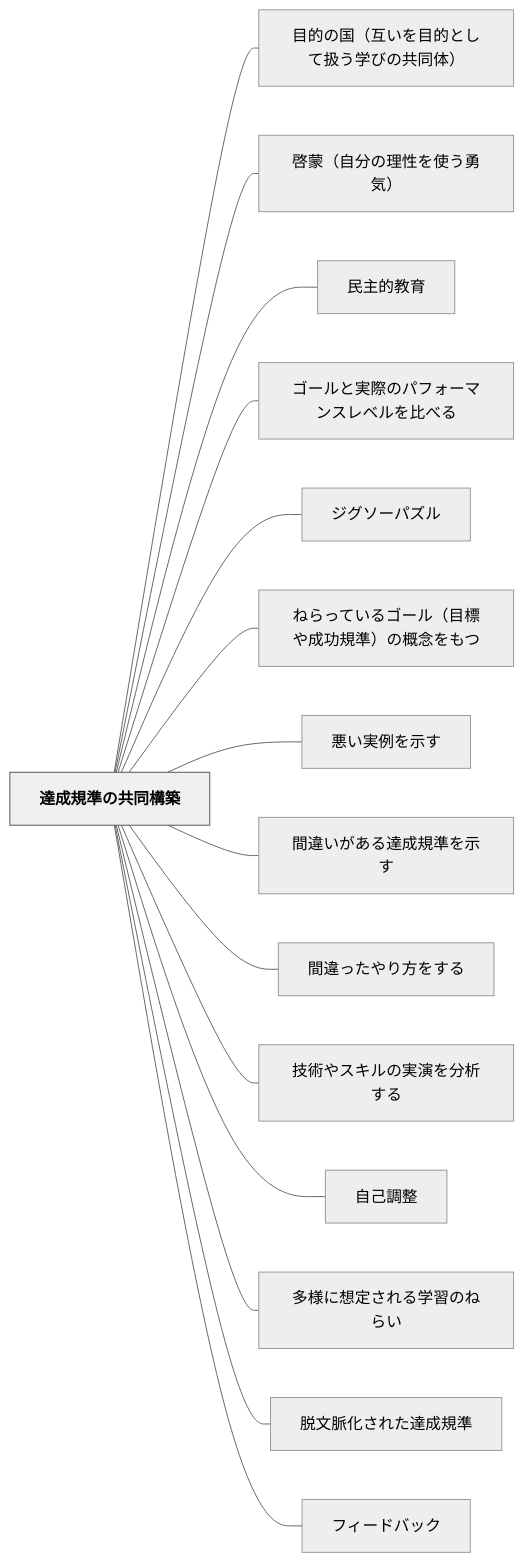
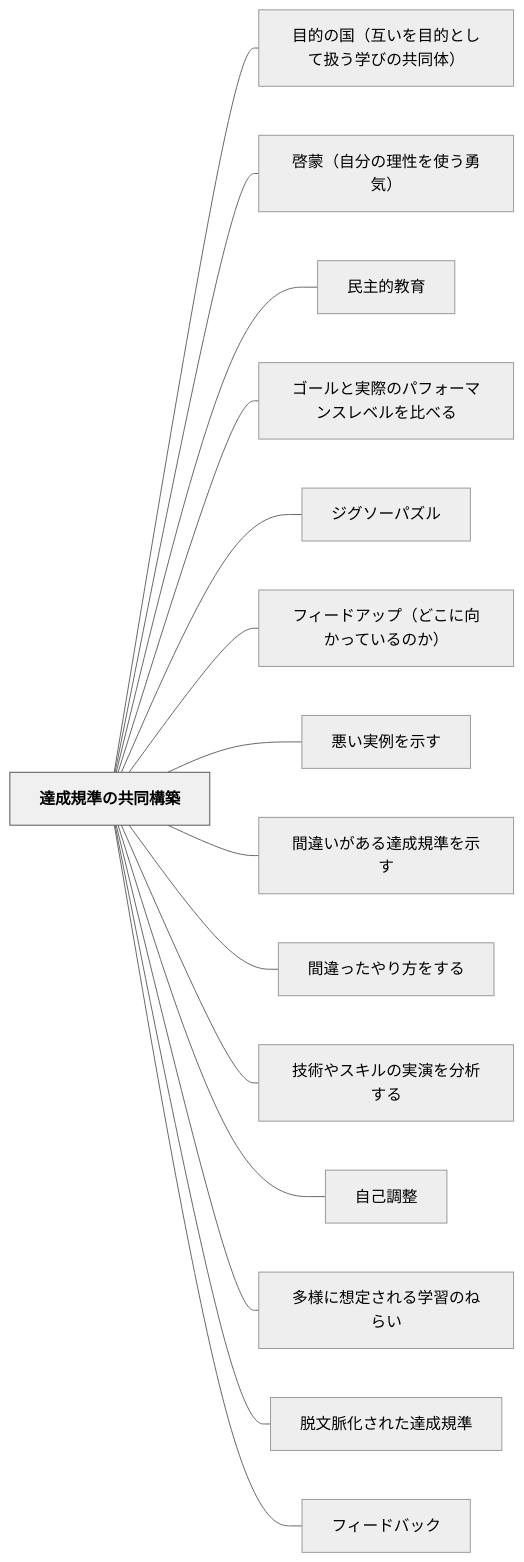
Before and after one commit to unknownthings-ed-patterns/unknownthings-ed-patterns: the diagram in content/パタン/達成規準の共同構築.md, drawn with Mermaid (neutral theme). The commit also changed other lines of this file and 5 other files, not shown here.

````diff
--- a/content/パタン/達成規準の共同構築.md
+++ b/content/パタン/達成規準の共同構築.md
@@ -67,36 +67,36 @@
 ```mermaid
 flowchart LR
     ne98194e68890e8a68fe6ba96e381aee585b1e5908ce6a78be7af89["達成規準の共同構築"]
     ne79baee79a84e381aee59bbdefbc88e4ba92e38184e38292e79baee79a84e381a8e38197e381a6e689b1e38186e5ada6e381b3e381aee585b1e5908ce4bd93efbc89["目的の国（互いを目的として扱う学びの共同体）"]
     ne59593e89299efbc88e887aae58886e381aee79086e680a7e38292e4bdbfe38186e58b87e6b097efbc89["啓蒙（自分の理性を使う勇気）"]
     ne6b091e4b8bbe79a84e69599e882b2["民主的教育"]
     ne382b4e383bce383abe381a8e5ae9fe99a9be381aee38391e38395e382a9e383bce3839ee383b3e382b9e383ace38399e383abe38292e6af94e381b9e3828b["ゴールと実際のパフォーマンスレベルを比べる"]
     ne382b8e382b0e382bde383bce38391e382bae383ab["ジグソーパズル"]
-    ne381ade38289e381a3e381a6e38184e3828be382b4e383bce383abefbc88e79baee6a899e38284e68890e58a9fe8a68fe6ba96efbc89e381aee6a682e5bfb5e38292e38282e381a4["ねらっているゴール（目標や成功規準）の概念をもつ"]
+    ne38395e382a3e383bce38389e382a2e38383e38397efbc88e381a9e38193e381abe59091e3818be381a3e381a6e38184e3828be381aee3818befbc89["フィードアップ（どこに向かっているのか）"]
     ne682aae38184e5ae9fe4be8be38292e7a4bae38199["悪い実例を示す"]
     ne99693e98195e38184e3818ce38182e3828be98194e68890e8a68fe6ba96e38292e7a4bae38199["間違いがある達成規準を示す"]
     ne99693e98195e381a3e3819fe38284e3828ae696b9e38292e38199e3828b["間違ったやり方をする"]
     ne68a80e8a193e38284e382b9e382ade383abe381aee5ae9fe6bc94e38292e58886e69e90e38199e3828b["技術やスキルの実演を分析する"]
     ne887aae5b7b1e8aabfe695b4["自己調整"]
     ne5a49ae6a798e381abe683b3e5ae9ae38195e3828ce3828be5ada6e7bf92e381aee381ade38289e38184["多様に想定される学習のねらい"]
     ne884b1e69687e88488e58c96e38195e3828ce3819fe98194e68890e8a68fe6ba96["脱文脈化された達成規準"]
     ne38395e382a3e383bce38389e38390e38383e382af["フィードバック"]
 
     ne98194e68890e8a68fe6ba96e381aee585b1e5908ce6a78be7af89 --- ne79baee79a84e381aee59bbdefbc88e4ba92e38184e38292e79baee79a84e381a8e38197e381a6e689b1e38186e5ada6e381b3e381aee585b1e5908ce4bd93efbc89
     ne98194e68890e8a68fe6ba96e381aee585b1e5908ce6a78be7af89 --- ne59593e89299efbc88e887aae58886e381aee79086e680a7e38292e4bdbfe38186e58b87e6b097efbc89
     ne98194e68890e8a68fe6ba96e381aee585b1e5908ce6a78be7af89 --- ne6b091e4b8bbe79a84e69599e882b2
     ne98194e68890e8a68fe6ba96e381aee585b1e5908ce6a78be7af89 --- ne382b4e383bce383abe381a8e5ae9fe99a9be381aee38391e38395e382a9e383bce3839ee383b3e382b9e383ace38399e383abe38292e6af94e381b9e3828b
     ne98194e68890e8a68fe6ba96e381aee585b1e5908ce6a78be7af89 --- ne382b8e382b0e382bde383bce38391e382bae383ab
-    ne98194e68890e8a68fe6ba96e381aee585b1e5908ce6a78be7af89 --- ne381ade38289e381a3e381a6e38184e3828be382b4e383bce383abefbc88e79baee6a899e38284e68890e58a9fe8a68fe6ba96efbc89e381aee6a682e5bfb5e38292e38282e381a4
+    ne98194e68890e8a68fe6ba96e381aee585b1e5908ce6a78be7af89 --- ne38395e382a3e383bce38389e382a2e38383e38397efbc88e381a9e38193e381abe59091e3818be381a3e381a6e38184e3828be381aee3818befbc89
     ne98194e68890e8a68fe6ba96e381aee585b1e5908ce6a78be7af89 --- ne682aae38184e5ae9fe4be8be38292e7a4bae38199
     ne98194e68890e8a68fe6ba96e381aee585b1e5908ce6a78be7af89 --- ne99693e98195e38184e3818ce38182e3828be98194e68890e8a68fe6ba96e38292e7a4bae38199
     ne98194e68890e8a68fe6ba96e381aee585b1e5908ce6a78be7af89 --- ne99693e98195e381a3e3819fe38284e3828ae696b9e38292e38199e3828b
     ne98194e68890e8a68fe6ba96e381aee585b1e5908ce6a78be7af89 --- ne68a80e8a193e38284e382b9e382ade383abe381aee5ae9fe6bc94e38292e58886e69e90e38199e3828b
     ne98194e68890e8a68fe6ba96e381aee585b1e5908ce6a78be7af89 --- ne887aae5b7b1e8aabfe695b4
     ne98194e68890e8a68fe6ba96e381aee585b1e5908ce6a78be7af89 --- ne5a49ae6a798e381abe683b3e5ae9ae38195e3828ce3828be5ada6e7bf92e381aee381ade38289e38184
     ne98194e68890e8a68fe6ba96e381aee585b1e5908ce6a78be7af89 --- ne884b1e69687e88488e58c96e38195e3828ce3819fe98194e68890e8a68fe6ba96
     ne98194e68890e8a68fe6ba96e381aee585b1e5908ce6a78be7af89 --- ne38395e382a3e383bce38389e38390e38383e382af
 
     classDef hub fill:#f0f0f0,stroke:#555,color:#000,font-weight:bold
     class ne98194e68890e8a68fe6ba96e381aee585b1e5908ce6a78be7af89 hub
 ```
````
